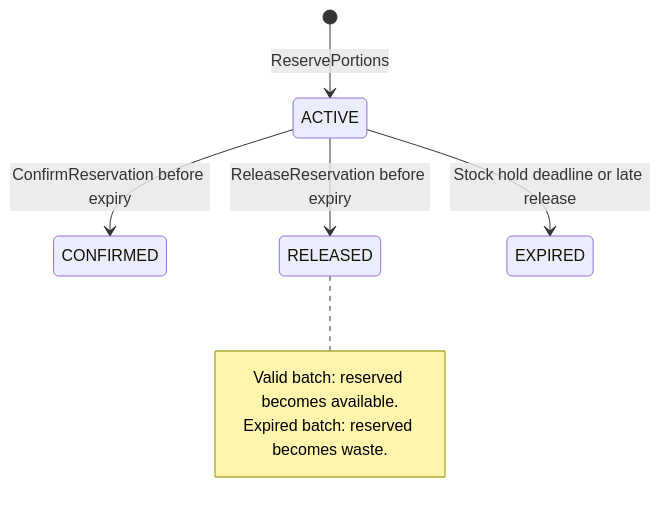
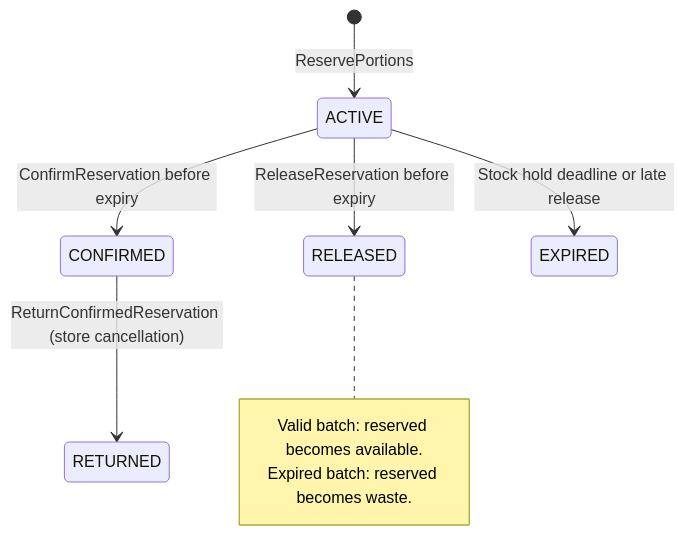
One commit to PhoengZ/backend-gelato-management changed the diagram in docs/architecture/inventory-reservation.md. Above: the diagram before and after it, drawn with Mermaid. The commit also changed other lines of this file and 2 other files, not shown here.

First line of the commit message:
docs: describe order expiry, store cancellation and stock return

````diff
--- a/docs/architecture/inventory-reservation.md
+++ b/docs/architecture/inventory-reservation.md
@@ -27,12 +27,13 @@
 ```mermaid
 stateDiagram-v2
     [*] --> ACTIVE: ReservePortions
     ACTIVE --> CONFIRMED: ConfirmReservation before expiry
     ACTIVE --> RELEASED: ReleaseReservation before expiry
     ACTIVE --> EXPIRED: Stock hold deadline or late release
+    CONFIRMED --> RETURNED: ReturnConfirmedReservation (store cancellation)
 
     note right of RELEASED
         Valid batch: reserved becomes available.
         Expired batch: reserved becomes waste.
     end note
 ```
````
